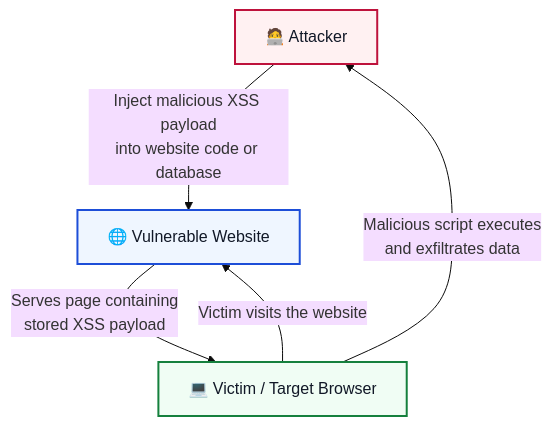
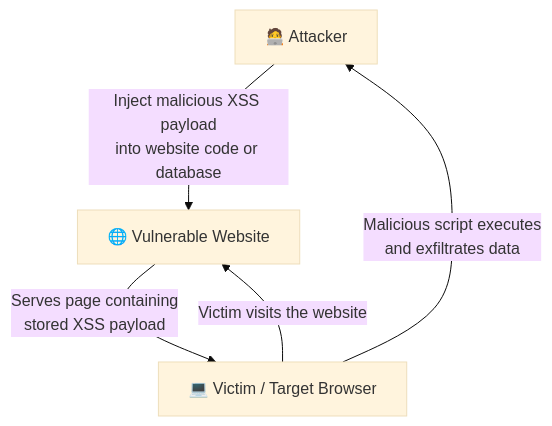
The second of 3 diagrams in content/Initial Access/OWASP/XSS/XSS.md (adolfcna/ATTvDEF), drawn with Mermaid (base theme) before and after one commit. The commit also changed other lines of this file, not shown here.

````diff
--- a/content/Initial Access/OWASP/XSS/XSS.md
+++ b/content/Initial Access/OWASP/XSS/XSS.md
@@ -63,26 +60,21 @@
 ```mermaid
 flowchart TD
 
 Attacker["🧑‍💻 Attacker"]
 Website["🌐 Vulnerable Website"]
 Victim["💻 Victim / Target Browser"]
 
 Attacker -->| Inject malicious XSS payload<br>into website code or database| Website
 
 Victim -->| Victim visits the website| Website
 
 Website -->|Serves page containing<br>stored XSS payload| Victim
 
 Victim -->| Malicious script executes<br>and exfiltrates data| Attacker
 
 
-classDef attacker fill:#FFF1F2,stroke:#BE123C,stroke-width:2px,color:#111827  
-classDef victim fill:#F0FDF4,stroke:#15803D,stroke-width:2px,color:#111827  
-classDef server fill:#EFF6FF,stroke:#1D4ED8,stroke-width:2px,color:#111827
-
-
 class Attacker attacker;
 class Website server;
 class Victim victim;
 
 ```
````
